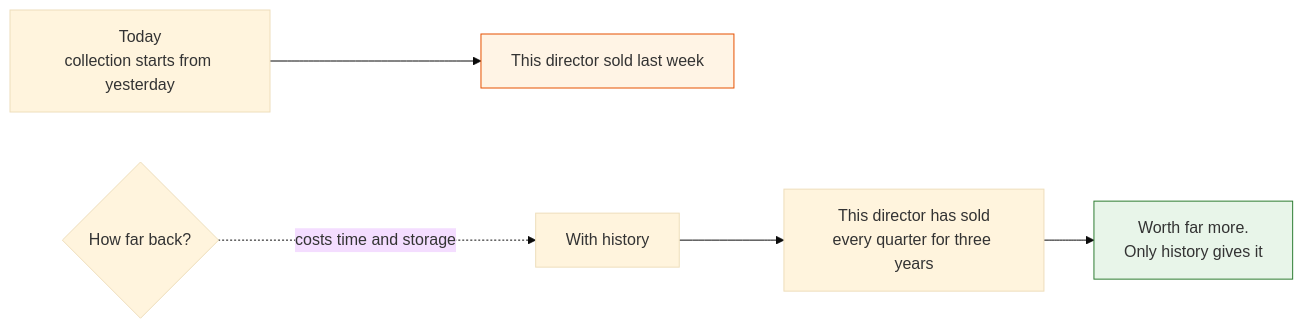
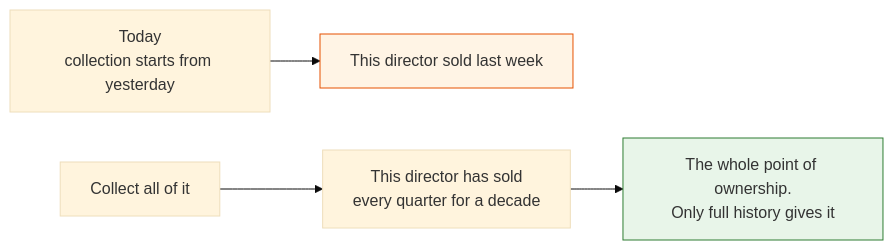
Diagram 34 of 41 in docs/steps.md (g784dwcd2r-crypto/H), drawn with Mermaid (base theme) before and after one commit. The commit also changed other lines of this file and 1 other file, not shown here.

First line of the commit message:
Settle three scope calls: all exhibits, all ownership history, Hicham on groups

````diff
--- a/docs/steps.md
+++ b/docs/steps.md
@@ -1090,9 +1099,8 @@
 ```mermaid
 flowchart LR
     T["Today<br/>collection starts from yesterday"] --> ONE["This director sold last week"]
-    H["With history"] --> MANY["This director has sold<br/>every quarter for three years"]
-    MANY --> W["Worth far more.<br/>Only history gives it"]
-    DEC{"How far back?"} -.->|"costs time and storage"| H
+    H["Collect all of it"] --> MANY["This director has sold<br/>every quarter for a decade"]
+    MANY --> W["The whole point of ownership.<br/>Only full history gives it"]
     style ONE fill:#fff4e5,stroke:#e65100
     style W fill:#e8f5e9,stroke:#2e7d32
 ```
````
